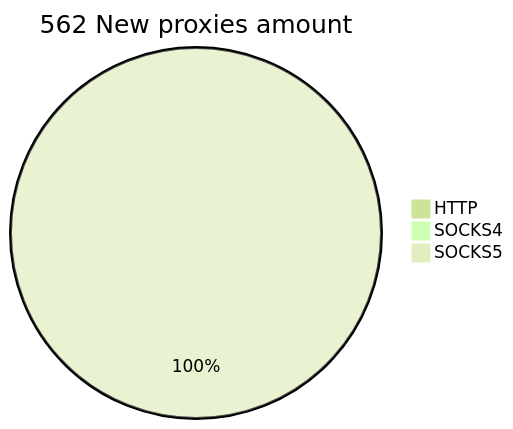
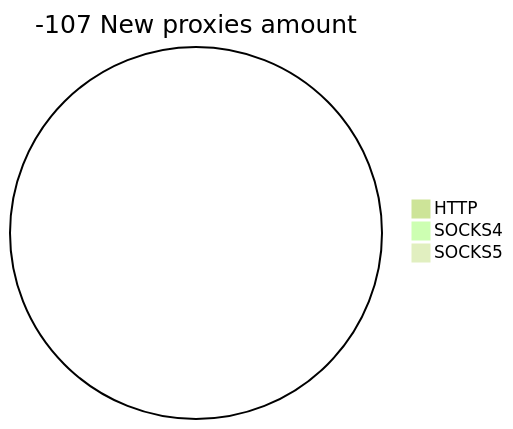
The second of 2 diagrams in README.md (cutipu/proxylist), drawn with Mermaid (forest theme) before and after one commit. The commit also changed other lines of this file, not shown here.

````diff
--- a/README.md
+++ b/README.md
@@ -10,6 +10,6 @@
 ```mermaid
-pie title 562 New proxies amount
+pie title -107 New proxies amount
     "HTTP" : 0
     "SOCKS4" : 0
-    "SOCKS5" : 1244
+    "SOCKS5" : 0
 ```
````
